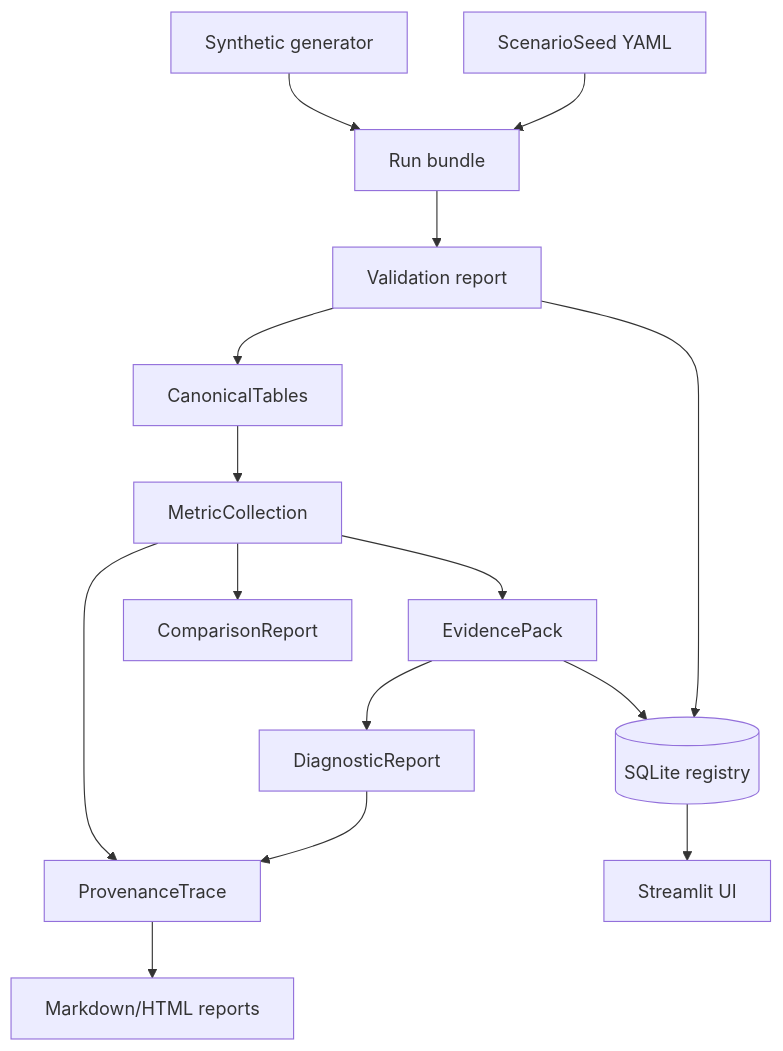
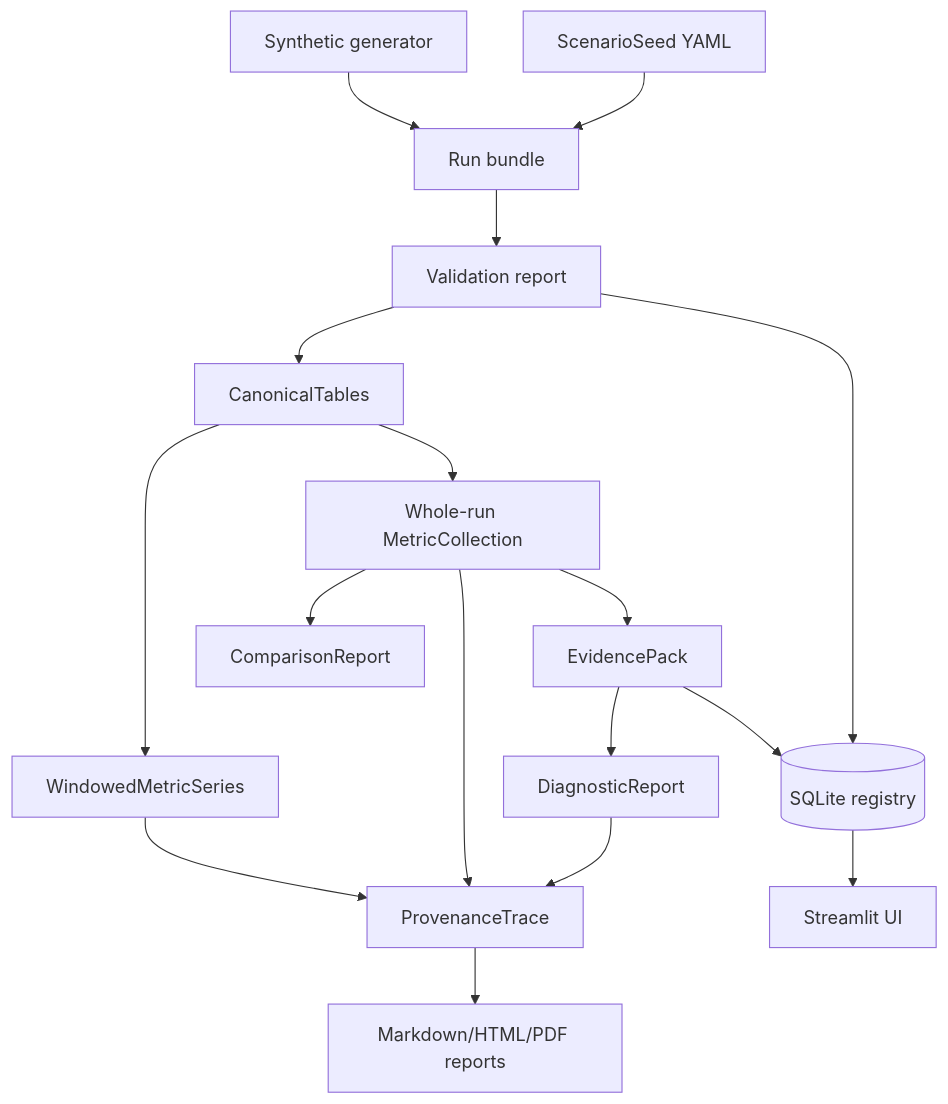
Before and after one commit to Abdulla4akash/traffictwin: the diagram in README.md, drawn with Mermaid. The commit also changed other lines of this file and 566 other files, not shown here.

````diff
--- a/README.md
+++ b/README.md
@@ -216,17 +418,19 @@
 ```mermaid
 flowchart TD
     Seed[ScenarioSeed YAML] --> Bundle[Run bundle]
     Synthetic[Synthetic generator] --> Bundle
     Bundle --> Validate[Validation report]
     Validate --> Canonical[CanonicalTables]
-    Canonical --> Metrics[MetricCollection]
+    Canonical --> Metrics[Whole-run MetricCollection]
+    Canonical --> Windows[WindowedMetricSeries]
     Metrics --> Evidence[EvidencePack]
     Evidence --> Rules[DiagnosticReport]
     Metrics --> Compare[ComparisonReport]
     Rules --> Provenance[ProvenanceTrace]
     Metrics --> Provenance
+    Windows --> Provenance
     Validate --> Registry[(SQLite registry)]
     Evidence --> Registry
-    Provenance --> Reports[Markdown/HTML reports]
+    Provenance --> Reports[Markdown/HTML/PDF reports]
     Registry --> UI[Streamlit UI]
 ```
````
